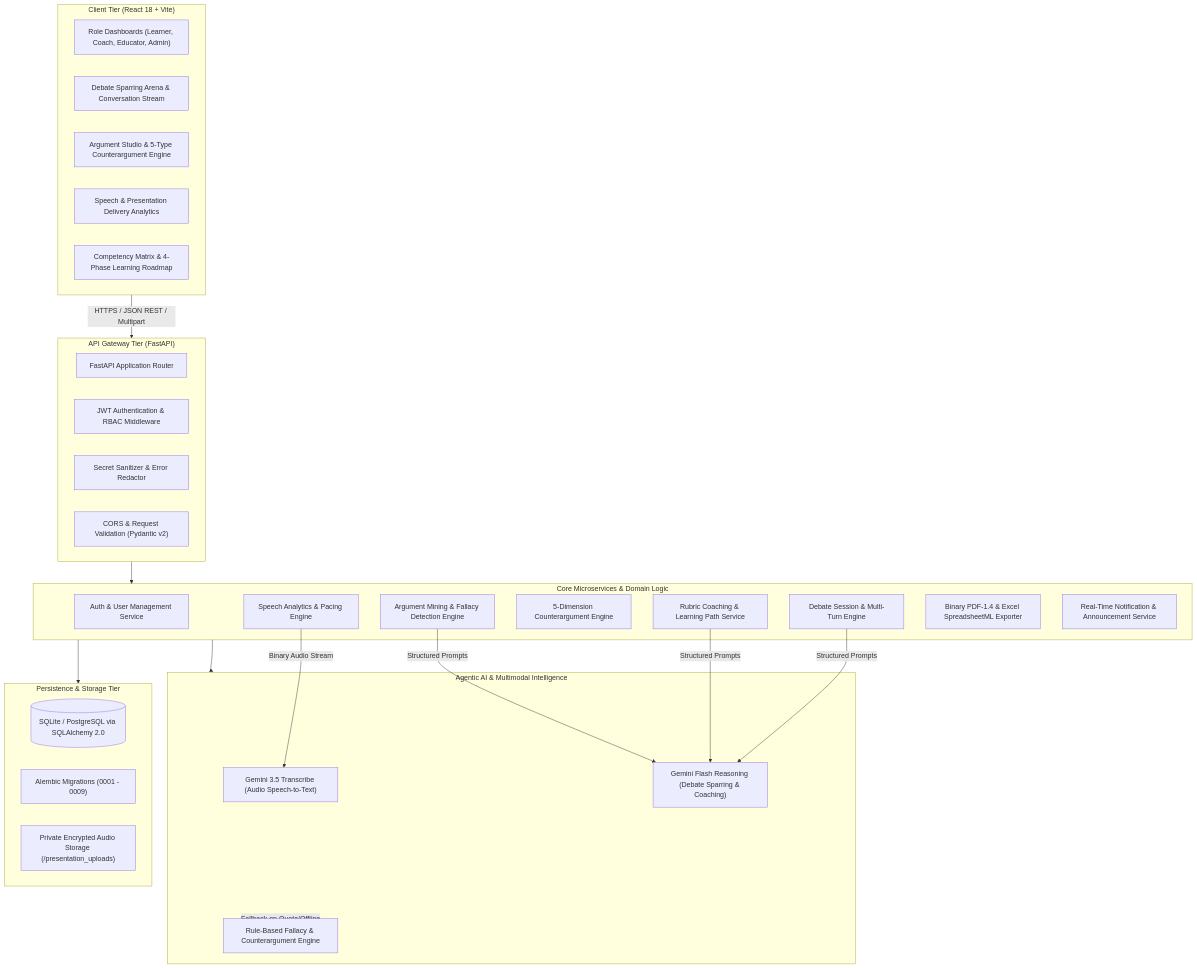
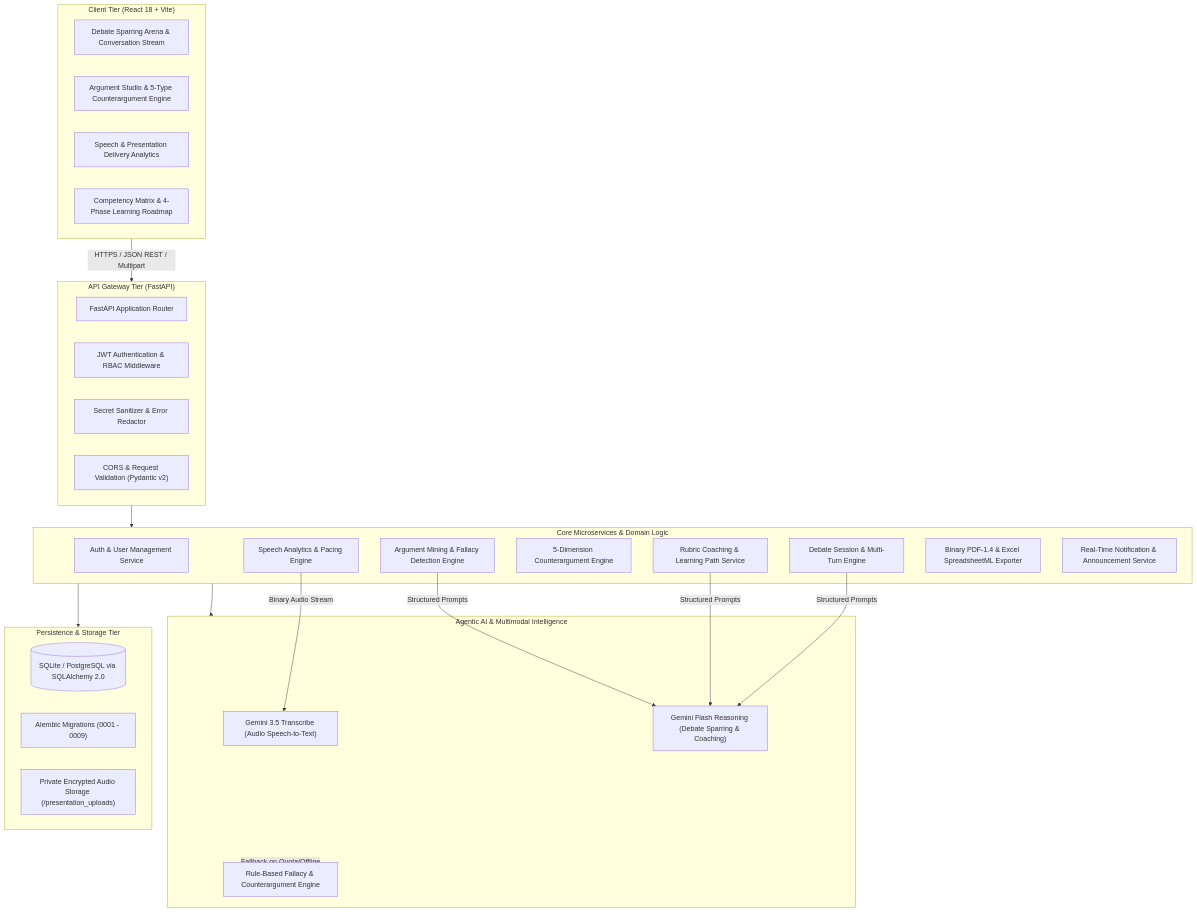
One commit to Bhoomika26M/Agentic-AI-Debate-Coaching-and-Intelligent-Presentation-Analysis-Platform-Project. changed the diagram in README.md. Above: the diagram before and after it, drawn with Mermaid.

Commit message:
Update Client Tier diagram in README
Removed 'Role Dashboards' from the Client Tier diagram.

````diff
--- a/README.md
+++ b/README.md
@@ -117,48 +117,47 @@
 ```mermaid
 flowchart TD
     subgraph Client["Client Tier (React 18 + Vite)"]
-        UI_Dash["Role Dashboards (Learner, Coach, Educator, Admin)"]
         UI_Debate["Debate Sparring Arena & Conversation Stream"]
         UI_Studio["Argument Studio & 5-Type Counterargument Engine"]
         UI_Pres["Speech & Presentation Delivery Analytics"]
         UI_Skills["Competency Matrix & 4-Phase Learning Roadmap"]
     end
 
     subgraph Gateway["API Gateway Tier (FastAPI)"]
         Router["FastAPI Application Router"]
         AuthMid["JWT Authentication & RBAC Middleware"]
         Sanitize["Secret Sanitizer & Error Redactor"]
         CORS["CORS & Request Validation (Pydantic v2)"]
     end
 
     subgraph Services["Core Microservices & Domain Logic"]
         AuthSvc["Auth & User Management Service"]
         DebateSvc["Debate Session & Multi-Turn Engine"]
         ArgSvc["Argument Mining & Fallacy Detection Engine"]
         CounterSvc["5-Dimension Counterargument Engine"]
         PresSvc["Speech Analytics & Pacing Engine"]
         CoachSvc["Rubric Coaching & Learning Path Service"]
         ExportSvc["Binary PDF-1.4 & Excel SpreadsheetML Exporter"]
         NotifSvc["Real-Time Notification & Announcement Service"]
     end
 
     subgraph AI["Agentic AI & Multimodal Intelligence"]
         GeminiTranscribe["Gemini 3.5 Transcribe (Audio Speech-to-Text)"]
         GeminiFlash["Gemini Flash Reasoning (Debate Sparring & Coaching)"]
         HeuristicFallback["Rule-Based Fallacy & Counterargument Engine"]
     end
 
     subgraph Data["Persistence & Storage Tier"]
         DB[(SQLite / PostgreSQL via SQLAlchemy 2.0)]
         Migrations["Alembic Migrations (0001 - 0009)"]
         FileStore["Private Encrypted Audio Storage (/presentation_uploads)"]
     end
 
     Client -->|HTTPS / JSON REST / Multipart| Gateway
     Gateway --> Services
     Services --> AI
     Services --> Data
     PresSvc -->|Binary Audio Stream| GeminiTranscribe
     DebateSvc & CoachSvc & ArgSvc -->|Structured Prompts| GeminiFlash
     AI -.->|Fallback on Quota/Offline| HeuristicFallback
 ```
````
